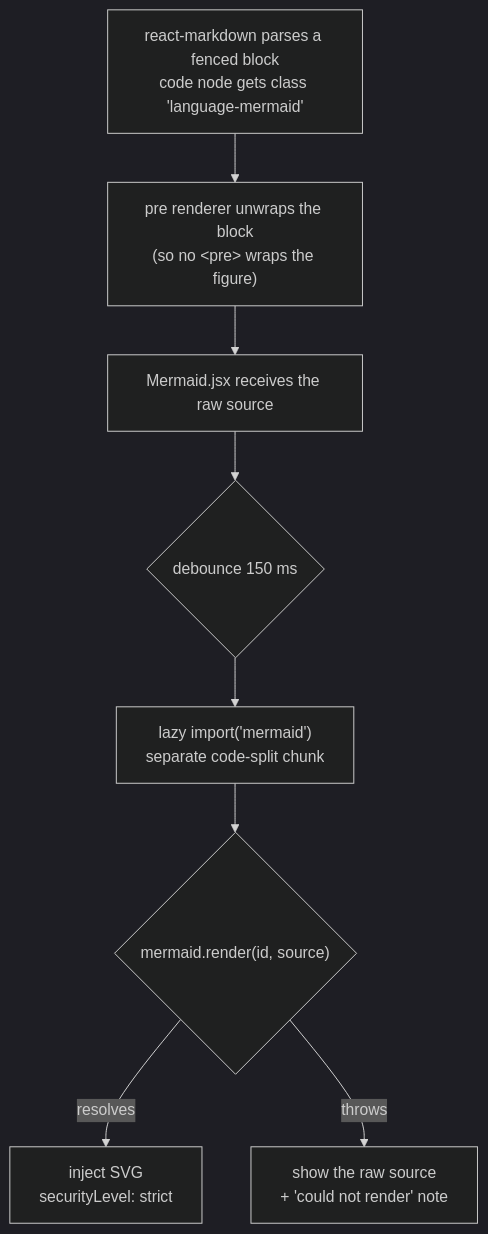
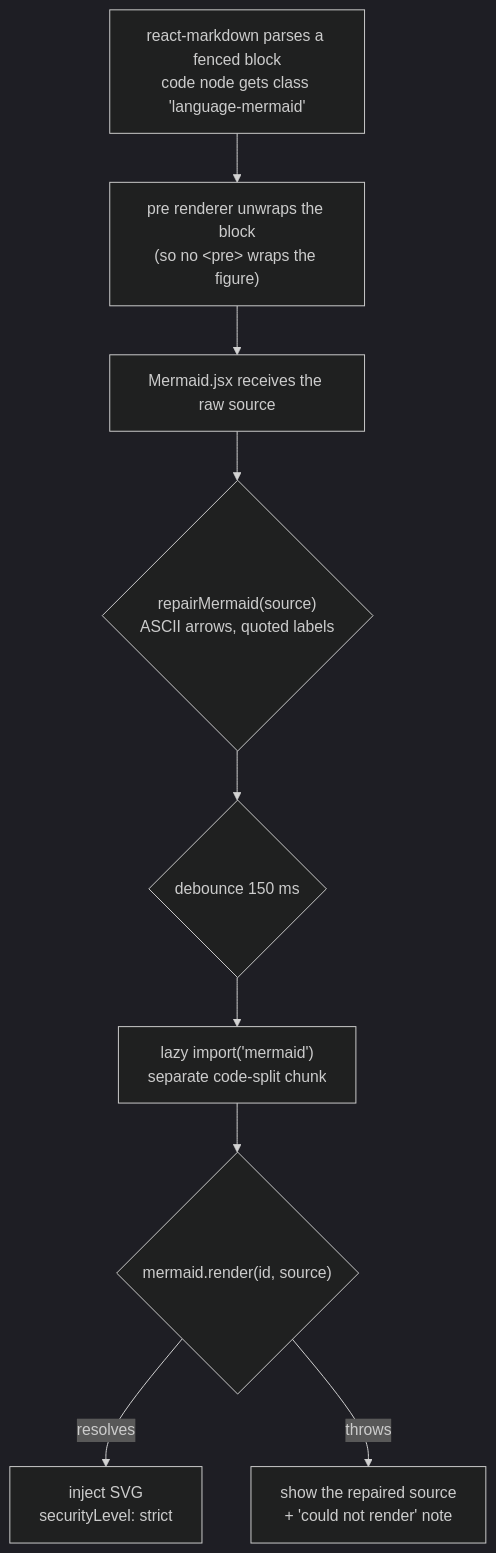
The third of 4 diagrams in docs/frontend.md (AlphaBeast97/deep-research-ai-platform), drawn with Mermaid (dark theme) before and after one commit. The commit also changed other lines of this file and 20 other files, not shown here.

````diff
--- a/docs/frontend.md
+++ b/docs/frontend.md
@@ -157,11 +169,12 @@
 ```mermaid
 flowchart TD
     A["react-markdown parses a fenced block<br/>code node gets class 'language-mermaid'"]
     A --> B["pre renderer unwraps the block<br/>(so no &lt;pre&gt; wraps the figure)"]
     B --> C["Mermaid.jsx receives the raw source"]
-    C --> D{"debounce 150 ms"}
-    D --> E["lazy import('mermaid')<br/>separate code-split chunk"]
-    E --> F{"mermaid.render(id, source)"}
-    F -->|resolves| G["inject SVG<br/>securityLevel: strict"]
-    F -->|throws| H["show the raw source<br/>+ 'could not render' note"]
+    C --> D{"repairMermaid(source)<br/>ASCII arrows, quoted labels"}
+    D --> E{"debounce 150 ms"}
+    E --> F["lazy import('mermaid')<br/>separate code-split chunk"]
+    F --> G{"mermaid.render(id, source)"}
+    G -->|resolves| H["inject SVG<br/>securityLevel: strict"]
+    G -->|throws| I["show the repaired source<br/>+ 'could not render' note"]
 ```
````
